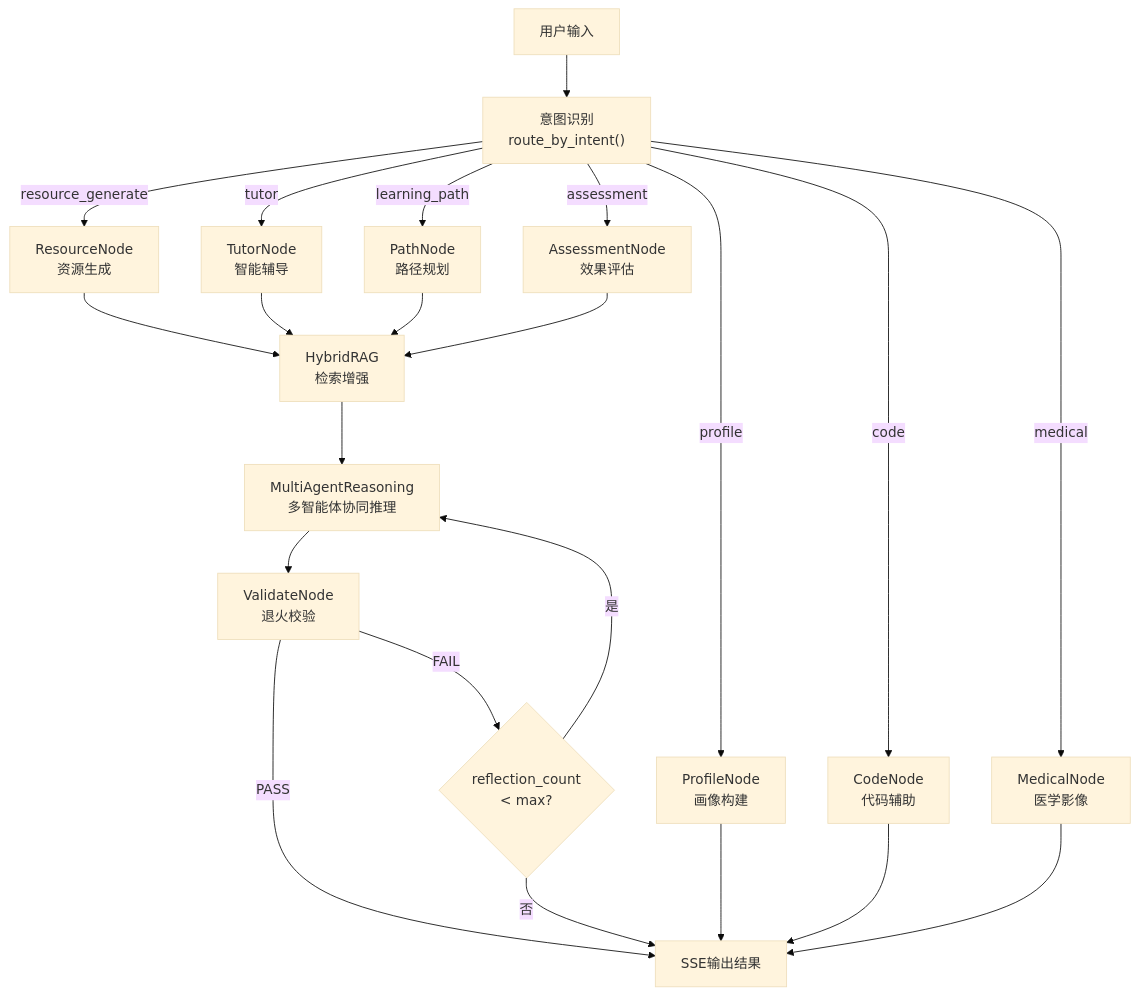
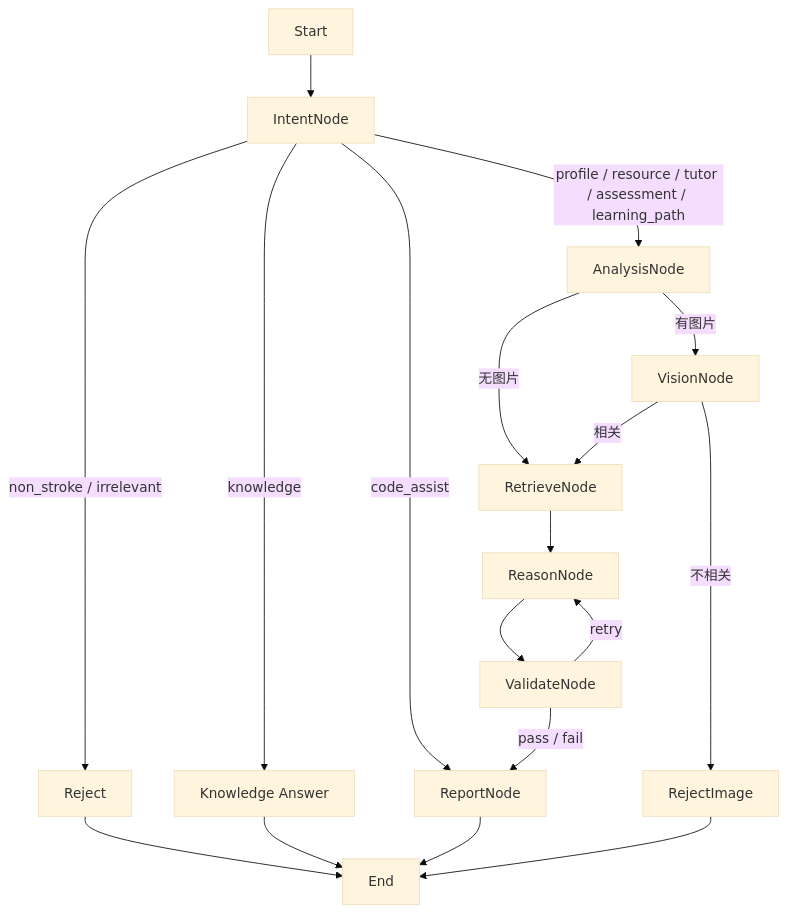
Before and after one commit to AttentionCoo/learning-characterizing-mas: the first of 3 diagrams in docs/architecture/核心算法设计文档.md, drawn with Mermaid (base theme). The commit also changed other lines of this file and 6 other files, not shown here.

````diff
--- a/docs/architecture/核心算法设计文档.md
+++ b/docs/architecture/核心算法设计文档.md
@@ -497,29 +37,15 @@
 ```mermaid
 flowchart TD
-    START["用户输入"] --> INTENT["意图识别\nroute_by_intent()"]
-
-    INTENT -->|"profile"| PROFILE["ProfileNode\n画像构建"]
-    INTENT -->|"resource_generate"| RESOURCE["ResourceNode\n资源生成"]
-    INTENT -->|"tutor"| TUTOR["TutorNode\n智能辅导"]
-    INTENT -->|"learning_path"| PATH["PathNode\n路径规划"]
-    INTENT -->|"assessment"| ASSESS["AssessmentNode\n效果评估"]
-    INTENT -->|"code"| CODE["CodeNode\n代码辅助"]
-    INTENT -->|"medical"| MEDICAL["MedicalNode\n医学影像"]
-
-    RESOURCE --> RAG["HybridRAG\n检索增强"]
-    TUTOR --> RAG
-    PATH --> RAG
-    ASSESS --> RAG
-
-    RAG --> AGENT["MultiAgentReasoning\n多智能体协同推理"]
-    AGENT --> VALIDATE["ValidateNode\n退火校验"]
-
-    VALIDATE -->|"PASS"| OUTPUT["SSE输出结果"]
-    VALIDATE -->|"FAIL"| CHECK{"reflection_count\n< max?"}
-    CHECK -->|"是"| AGENT
-    CHECK -->|"否"| OUTPUT
-
-    PROFILE --> OUTPUT
-    CODE --> OUTPUT
-    MEDICAL --> OUTPUT
+    Start --> Intent["IntentNode"]
+    Intent -->|"non_stroke / irrelevant"| Reject --> End
+    Intent -->|"knowledge"| Knowledge["Knowledge Answer"] --> End
+    Intent -->|"code_assist"| Report["ReportNode"] --> End
+    Intent -->|"profile / resource / tutor / assessment / learning_path"| Analysis["AnalysisNode"]
+    Analysis -->|"有图片"| Vision["VisionNode"]
+    Analysis -->|"无图片"| Retrieve["RetrieveNode"]
+    Vision -->|"相关"| Retrieve
+    Vision -->|"不相关"| RejectImage --> End
+    Retrieve --> Reason["ReasonNode"] --> Validate["ValidateNode"]
+    Validate -->|"pass / fail"| Report
+    Validate -->|"retry"| Reason
 ```
````
